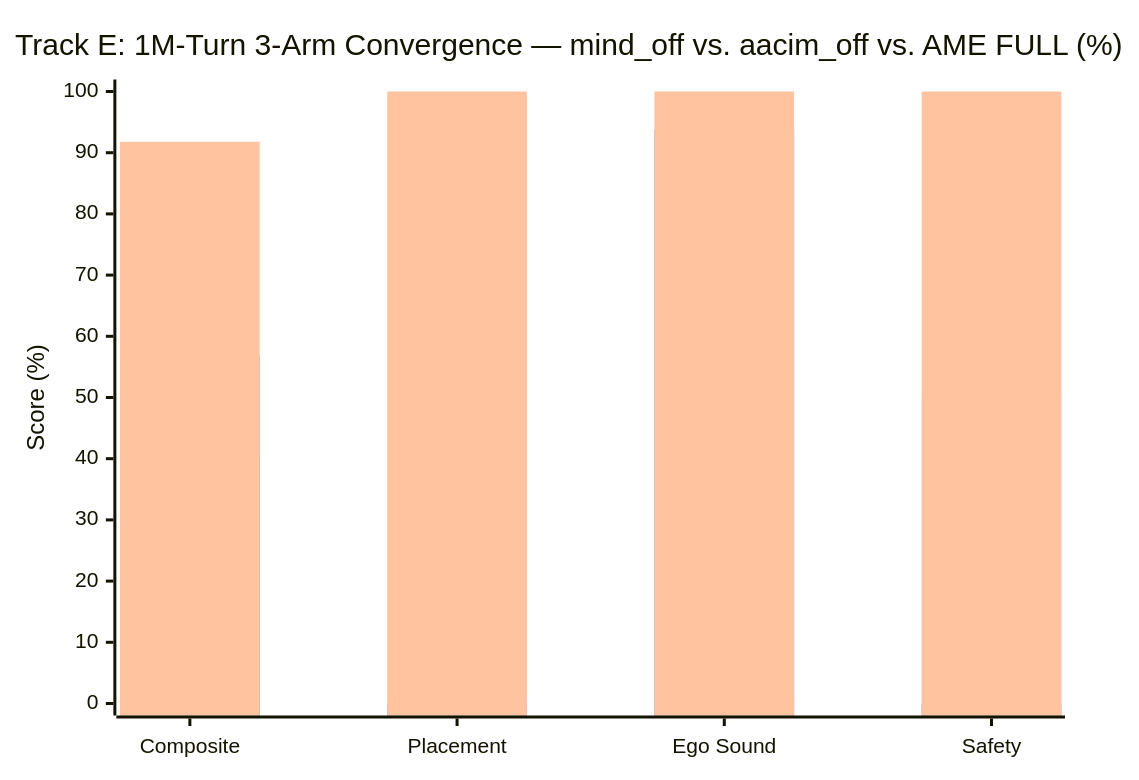
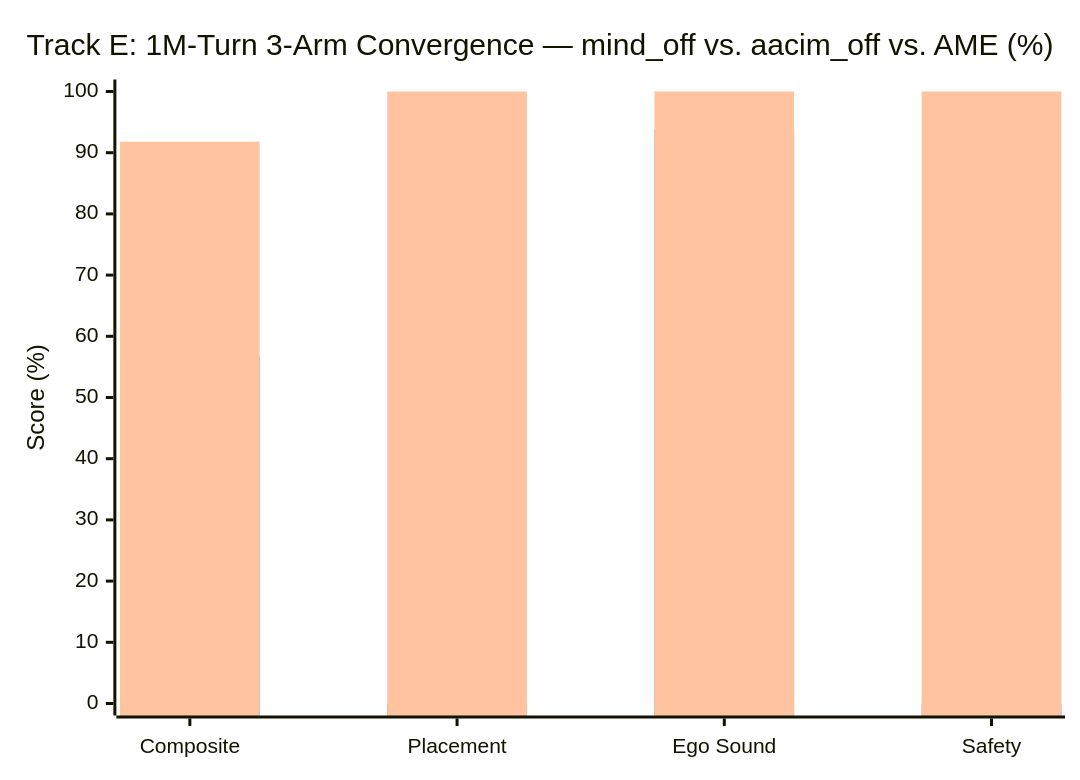
The sixth of 7 diagrams in docs/benchmarks.md (bearrhee/artificial-mind-engine), drawn with Mermaid before and after one commit. The commit also changed other lines of this file and 7 other files, not shown here.

Commit message:
docs: add Gemma 4 26B benchmarks, standout charts, and contact info

````diff
--- a/docs/benchmarks.md
+++ b/docs/benchmarks.md
@@ -234,9 +255,9 @@
 ```mermaid
 xychart-beta
-  title "Track E: 1M-Turn 3-Arm Convergence — mind_off vs. aacim_off vs. AME FULL (%)"
+  title "Track E: 1M-Turn 3-Arm Convergence — mind_off vs. aacim_off vs. AME (%)"
   x-axis ["Composite", "Placement", "Ego Sound", "Safety"]
   y-axis "Score (%)" 0 --> 100
   bar [39.96, 0.00, 0.00, 50.03]
   bar [56.66, 0.00, 93.76, 0.00]
   bar [91.79, 100.00, 100.00, 100.00]
 ```
````
